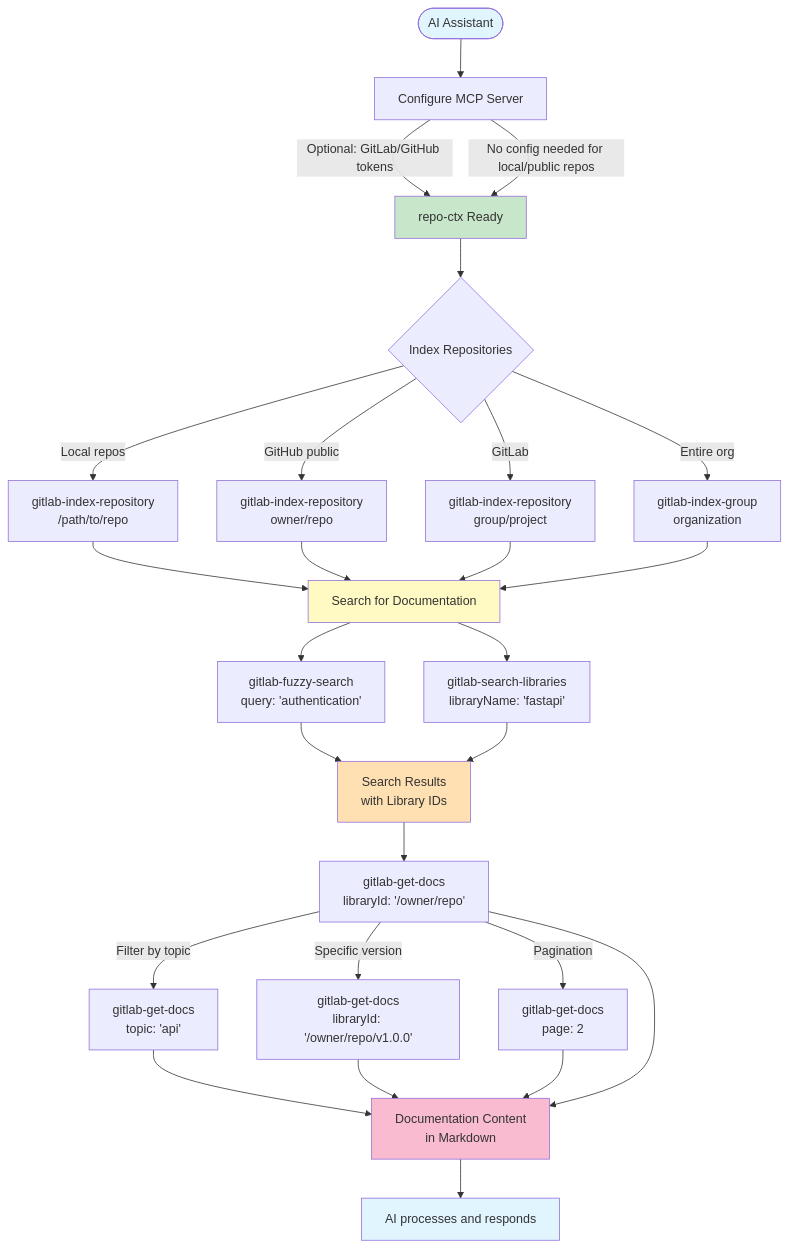
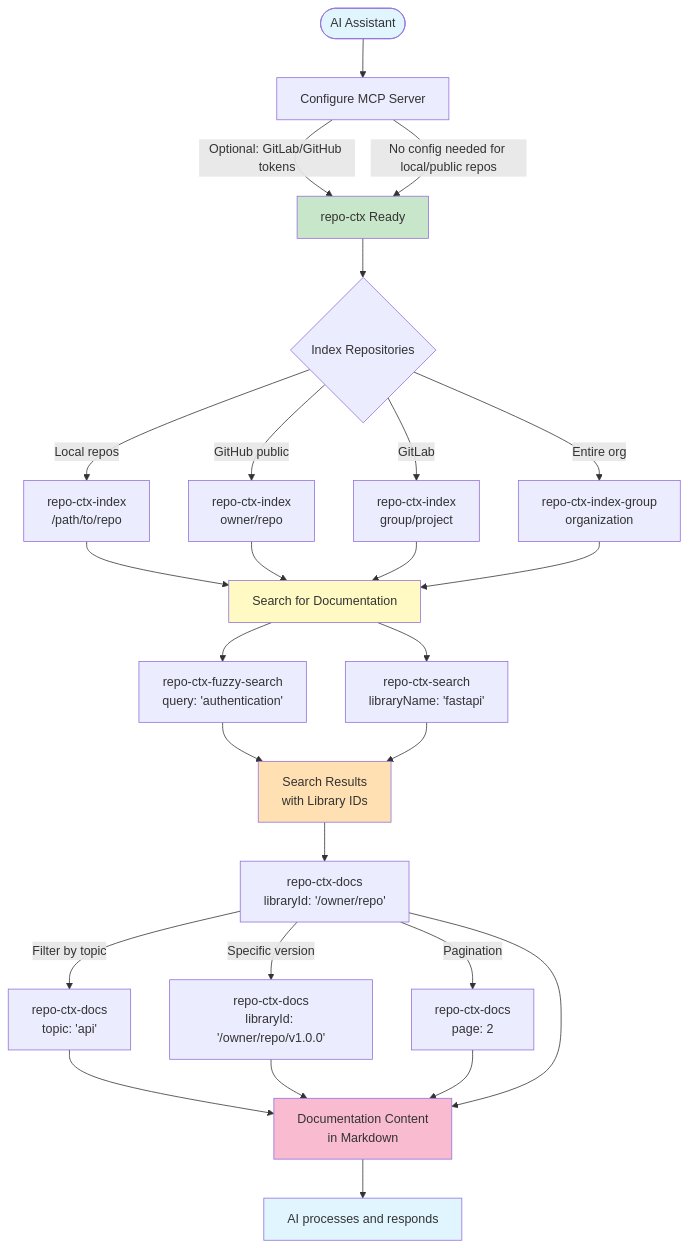
The first of 2 diagrams in README.md (osick/repo-ctx), drawn with Mermaid before and after one commit. The commit also changed other lines of this file and 4 other files, not shown here.

````diff
--- a/README.md
+++ b/README.md
@@ -47,44 +47,44 @@
 ```mermaid
 graph TB
     Start([AI Assistant]) --> Setup[Configure MCP Server]
     Setup --> |Optional: GitLab/GitHub tokens| Ready[repo-ctx Ready]
     Setup --> |No config needed for local/public repos| Ready
 
     Ready --> Index{Index Repositories}
 
-    Index --> |Local repos| IndexLocal[gitlab-index-repository<br/>/path/to/repo]
-    Index --> |GitHub public| IndexGH[gitlab-index-repository<br/>owner/repo]
-    Index --> |GitLab| IndexGL[gitlab-index-repository<br/>group/project]
-    Index --> |Entire org| IndexGroup[gitlab-index-group<br/>organization]
+    Index --> |Local repos| IndexLocal[repo-ctx-index<br/>/path/to/repo]
+    Index --> |GitHub public| IndexGH[repo-ctx-index<br/>owner/repo]
+    Index --> |GitLab| IndexGL[repo-ctx-index<br/>group/project]
+    Index --> |Entire org| IndexGroup[repo-ctx-index-group<br/>organization]
 
     IndexLocal --> Search
     IndexGH --> Search
     IndexGL --> Search
     IndexGroup --> Search
 
-    Search[Search for Documentation] --> FuzzySearch[gitlab-fuzzy-search<br/>query: 'authentication']
-    Search --> ExactSearch[gitlab-search-libraries<br/>libraryName: 'fastapi']
+    Search[Search for Documentation] --> FuzzySearch[repo-ctx-fuzzy-search<br/>query: 'authentication']
+    Search --> ExactSearch[repo-ctx-search<br/>libraryName: 'fastapi']
 
     FuzzySearch --> Results[Search Results<br/>with Library IDs]
     ExactSearch --> Results
 
-    Results --> GetDocs[gitlab-get-docs<br/>libraryId: '/owner/repo']
+    Results --> GetDocs[repo-ctx-docs<br/>libraryId: '/owner/repo']
 
-    GetDocs --> |Filter by topic| GetDocsFiltered[gitlab-get-docs<br/>topic: 'api']
-    GetDocs --> |Specific version| GetDocsVersion[gitlab-get-docs<br/>libraryId: '/owner/repo/v1.0.0']
-    GetDocs --> |Pagination| GetDocsPaged[gitlab-get-docs<br/>page: 2]
+    GetDocs --> |Filter by topic| GetDocsFiltered[repo-ctx-docs<br/>topic: 'api']
+    GetDocs --> |Specific version| GetDocsVersion[repo-ctx-docs<br/>libraryId: '/owner/repo/v1.0.0']
+    GetDocs --> |Pagination| GetDocsPaged[repo-ctx-docs<br/>page: 2]
 
     GetDocsFiltered --> Docs[Documentation Content<br/>in Markdown]
     GetDocsVersion --> Docs
     GetDocsPaged --> Docs
     GetDocs --> Docs
 
     Docs --> AI[AI processes and responds]
 
     style Start fill:#e1f5ff
     style Ready fill:#c8e6c9
     style Search fill:#fff9c4
     style Results fill:#ffe0b2
     style Docs fill:#f8bbd0
     style AI fill:#e1f5ff
 ```
````
